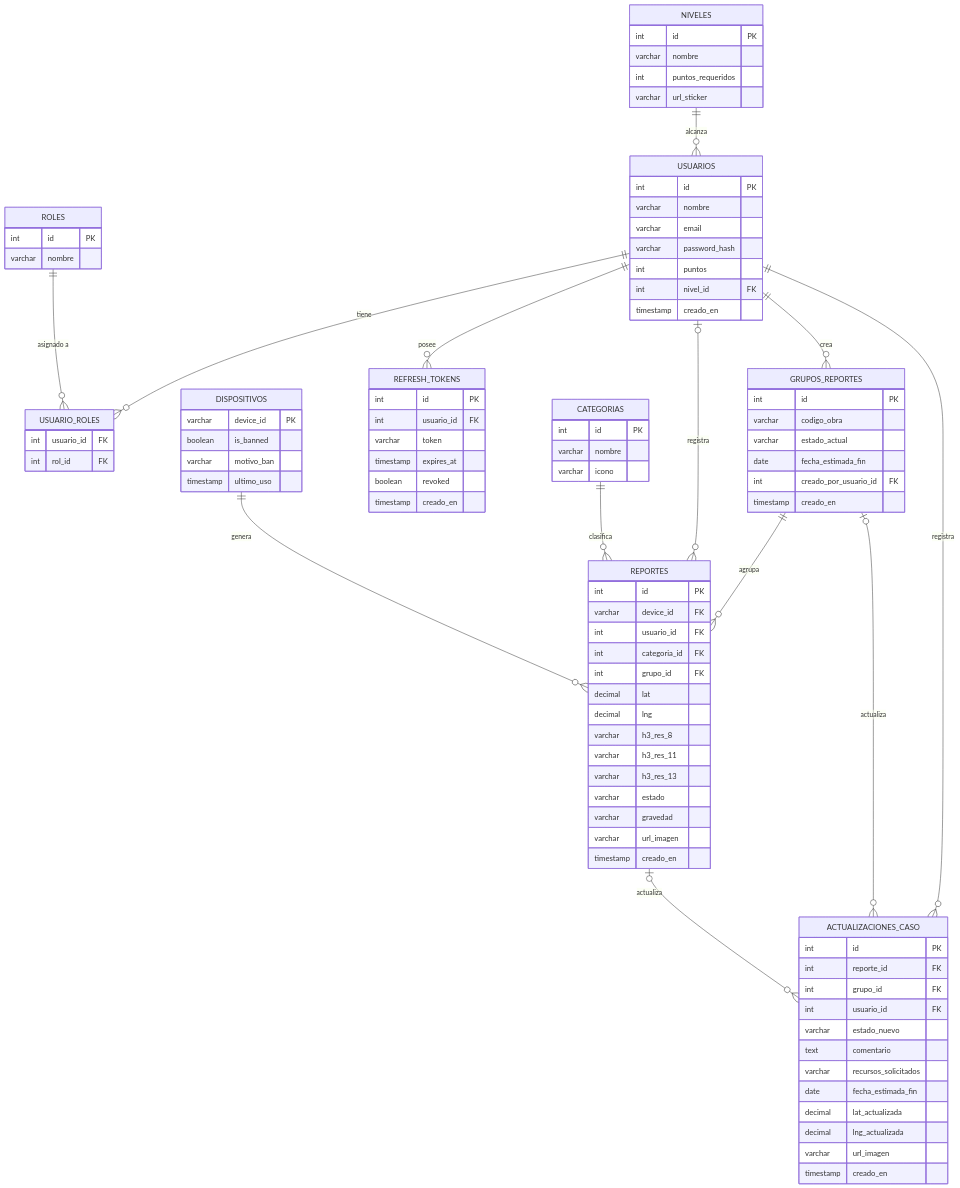
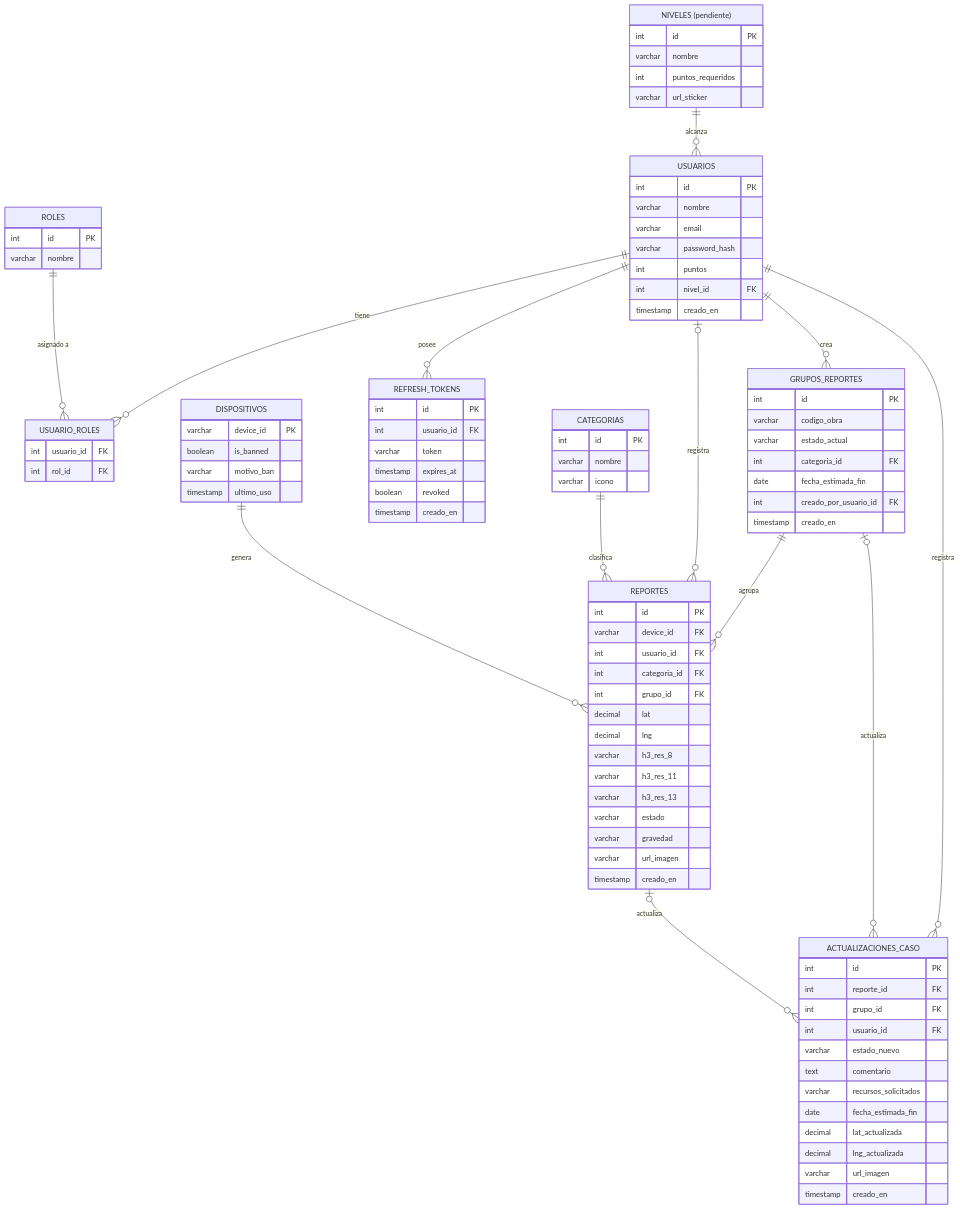
Before and after one commit to jhoel0521/Ojo-Camba: the diagram in docs/modelo_datos.md, drawn with Mermaid. The commit also changed other lines of this file and 4 other files, not shown here.

````diff
--- a/docs/modelo_datos.md
+++ b/docs/modelo_datos.md
@@ -9,6 +9,6 @@
 ```mermaid
 erDiagram
-    NIVELES {
+    NIVELES["NIVELES (pendiente)"] {
         int id PK
         varchar nombre
         int puntos_requeridos
@@ -54,6 +54,7 @@
         int id PK
         varchar codigo_obra
         varchar estado_actual
+        int categoria_id FK
         date fecha_estimada_fin
         int creado_por_usuario_id FK
         timestamp creado_en
````
